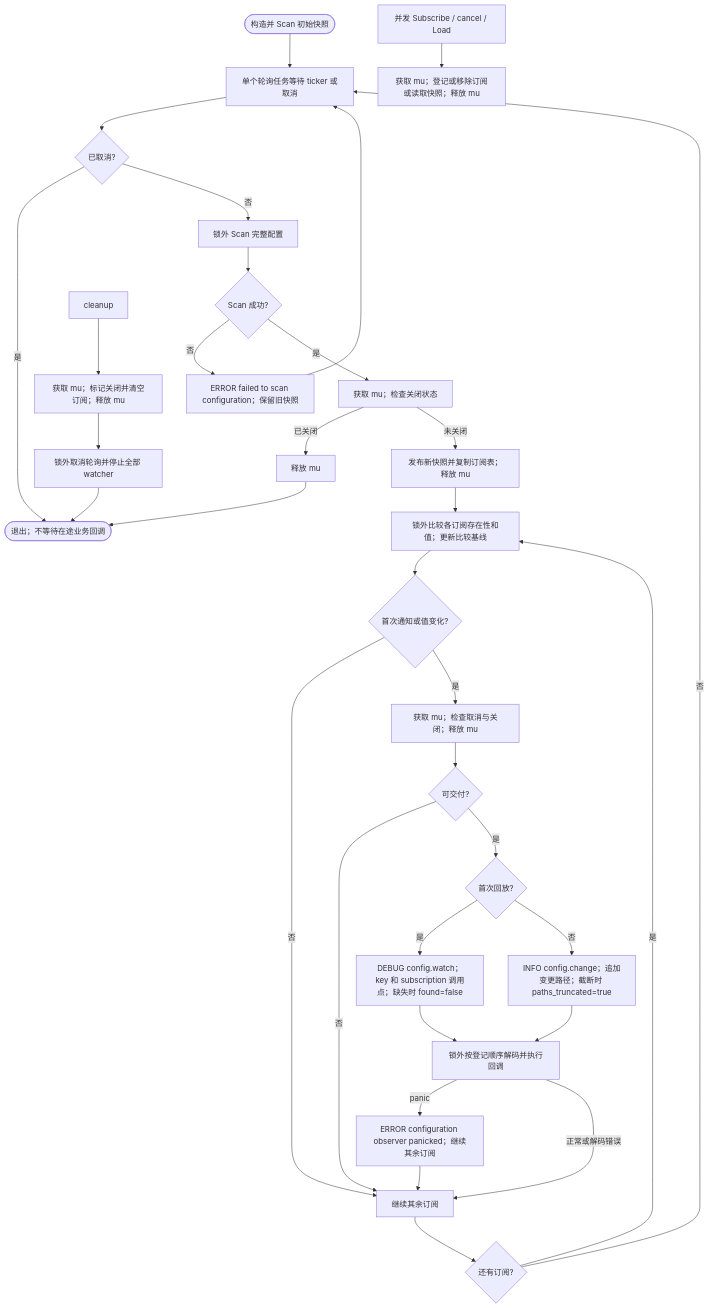
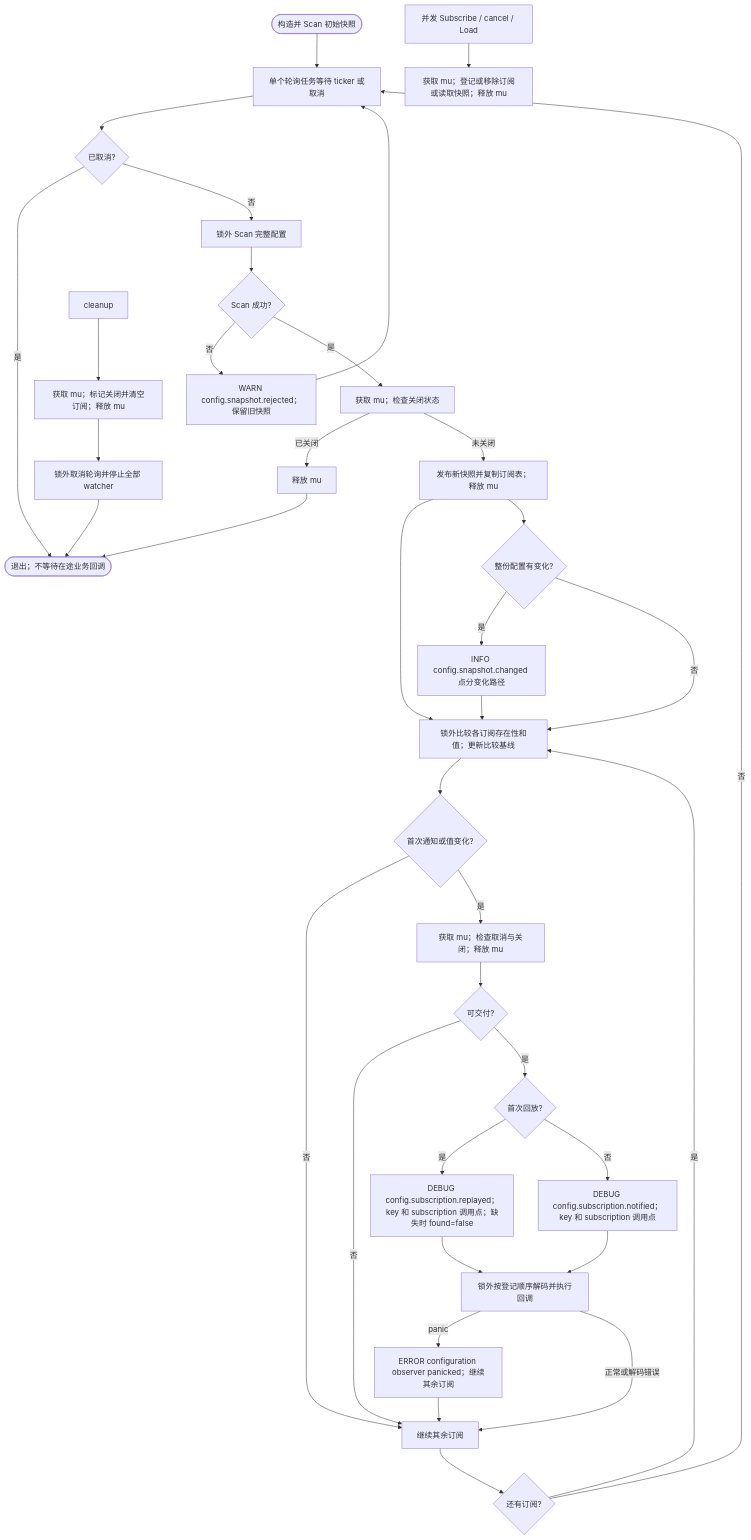
One commit to jaggerzhuang1994/kratos-foundation changed the second of 4 diagrams in pkg/config/README.md. Above: the diagram before and after it, drawn with Mermaid. The commit also changed other lines of this file and 11 other files, not shown here.

````diff
--- a/pkg/config/README.md
+++ b/pkg/config/README.md
@@ -149,35 +149,39 @@
 ```mermaid
 flowchart TD
  A([构造并 Scan 初始快照]) --> B[单个轮询任务等待 ticker 或取消]
  B --> C{已取消?}
  C -- 是 --> Z([退出；不等待在途业务回调])
  C -- 否 --> D[锁外 Scan 完整配置]
  D --> E{Scan 成功?}
- E -- 否 --> F[ERROR failed to scan configuration；保留旧快照]
+ E -- 否 --> F[WARN config.snapshot.rejected；保留旧快照]
  F --> B
  E -- 是 --> G[获取 mu；检查关闭状态]
  G -- 已关闭 --> G1[释放 mu]
  G1 --> Z
  G -- 未关闭 --> H[发布新快照并复制订阅表；释放 mu]
  H --> I[锁外比较各订阅存在性和值；更新比较基线]
+ H --> H1{整份配置有变化?}
+ H1 -- 是 --> H2[INFO config.snapshot.changed 点分变化路径]
+ H1 -- 否 --> I
+ H2 --> I
  I --> J{首次通知或值变化?}
  J -- 否 --> O
  J -- 是 --> K[获取 mu；检查取消与关闭；释放 mu]
  K --> L{可交付?}
  L -- 否 --> O
  L -- 是 --> L1{首次回放?}
- L1 -- 是 --> L2[DEBUG config.watch；key 和 subscription 调用点；缺失时 found=false]
- L1 -- 否 --> L3[INFO config.change；追加变更路径；截断时 paths_truncated=true]
+ L1 -- 是 --> L2[DEBUG config.subscription.replayed；key 和 subscription 调用点；缺失时 found=false]
+ L1 -- 否 --> L3[DEBUG config.subscription.notified；key 和 subscription 调用点]
  L2 --> M
  L3 --> M[锁外按登记顺序解码并执行回调]
  M -- panic --> N[ERROR configuration observer panicked；继续其余订阅]
  M -- 正常或解码错误 --> O[继续其余订阅]
  N --> O
  O --> U{还有订阅?}
  U -- 是 --> I
  U -- 否 --> B
  P[并发 Subscribe / cancel / Load] --> Q[获取 mu；登记或移除订阅或读取快照；释放 mu]
  R[cleanup] --> S[获取 mu；标记关闭并清空订阅；释放 mu]
  S --> T[锁外取消轮询并停止全部 watcher]
  T --> Z
 ```
````
